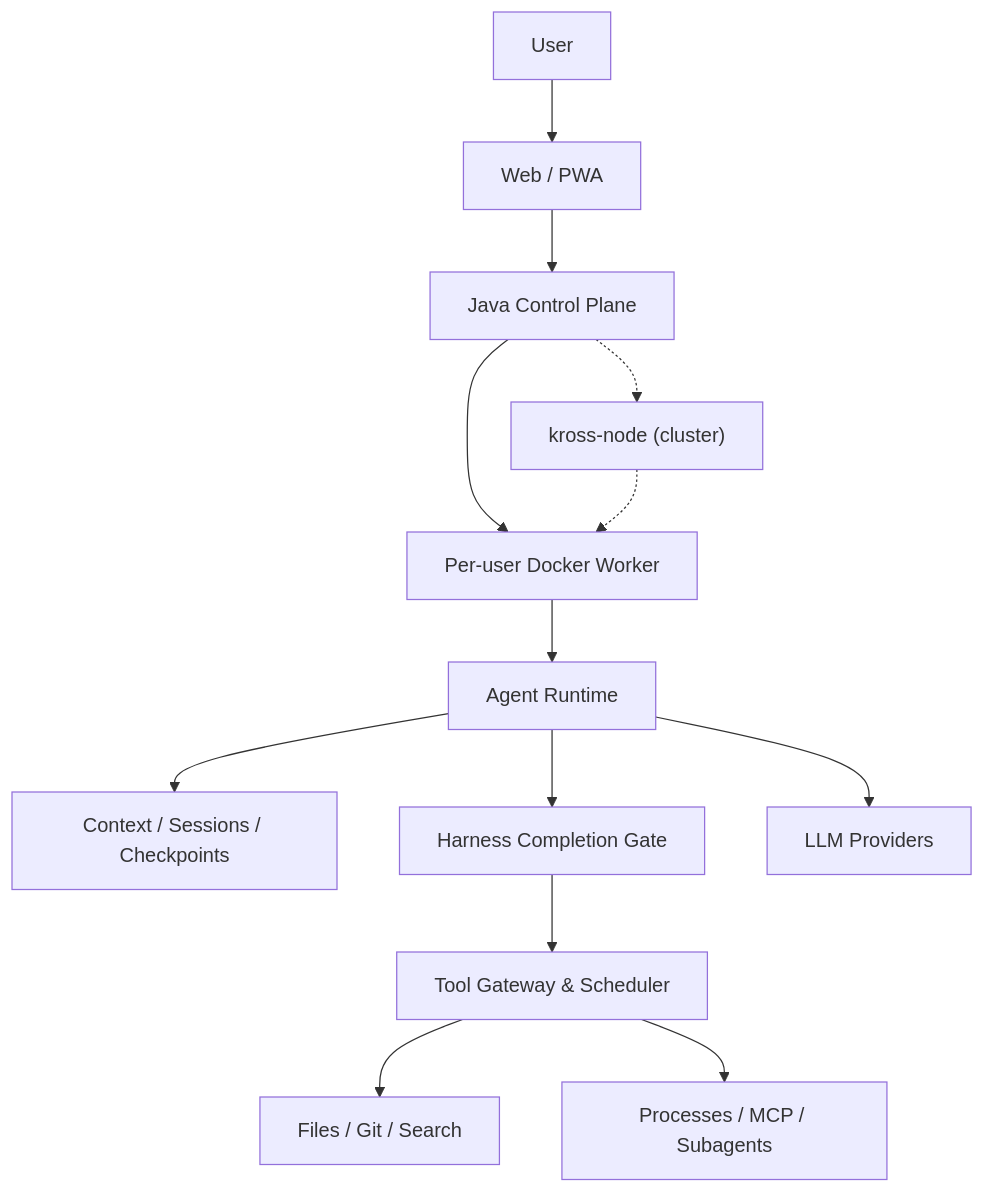
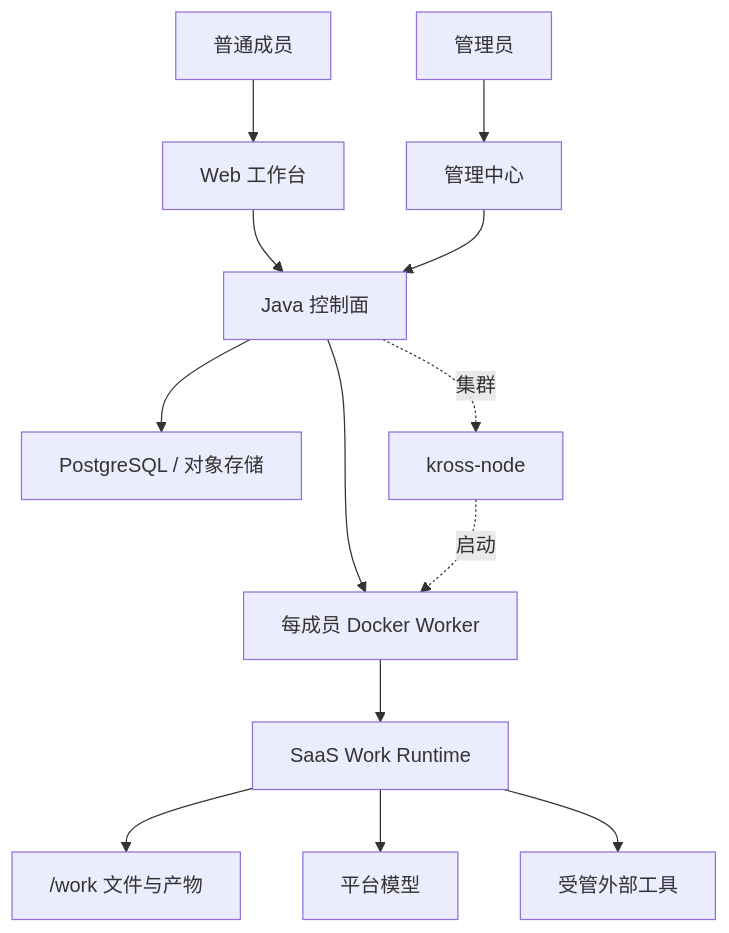
Before and after one commit to zzc-101/Kross: the diagram in README.zh-CN.md, drawn with Mermaid. The commit also changed other lines of this file and 82 other files, not shown here.

````diff
--- a/README.zh-CN.md
+++ b/README.zh-CN.md
@@ -92,15 +53,15 @@
 ```mermaid
 flowchart TB
-    U["User"] --> W["Web / PWA"]
-    W --> S["Java Control Plane"]
-    S --> D["Per-user Docker Worker"]
-    S -.-> N["kross-node (cluster)"]
-    N -.-> D
-    D --> R["Agent Runtime"]
-    R --> C["Context / Sessions / Checkpoints"]
-    R --> H["Harness Completion Gate"]
-    H --> G["Tool Gateway & Scheduler"]
-    R --> M["LLM Providers"]
-    G --> F["Files / Git / Search"]
-    G --> P["Processes / MCP / Subagents"]
+    U["普通成员"] --> WEB["Web 工作台"]
+    A["管理员"] --> ADMIN["管理中心"]
+    WEB --> CP["Java 控制面"]
+    ADMIN --> CP
+    CP --> DB["PostgreSQL / 对象存储"]
+    CP --> W["每成员 Docker Worker"]
+    CP -. 集群 .-> N["kross-node"]
+    N -. 启动 .-> W
+    W --> R["SaaS Work Runtime"]
+    R --> FS["/work 文件与产物"]
+    R --> LLM["平台模型"]
+    R --> EXT["受管外部工具"]
 ```
````
